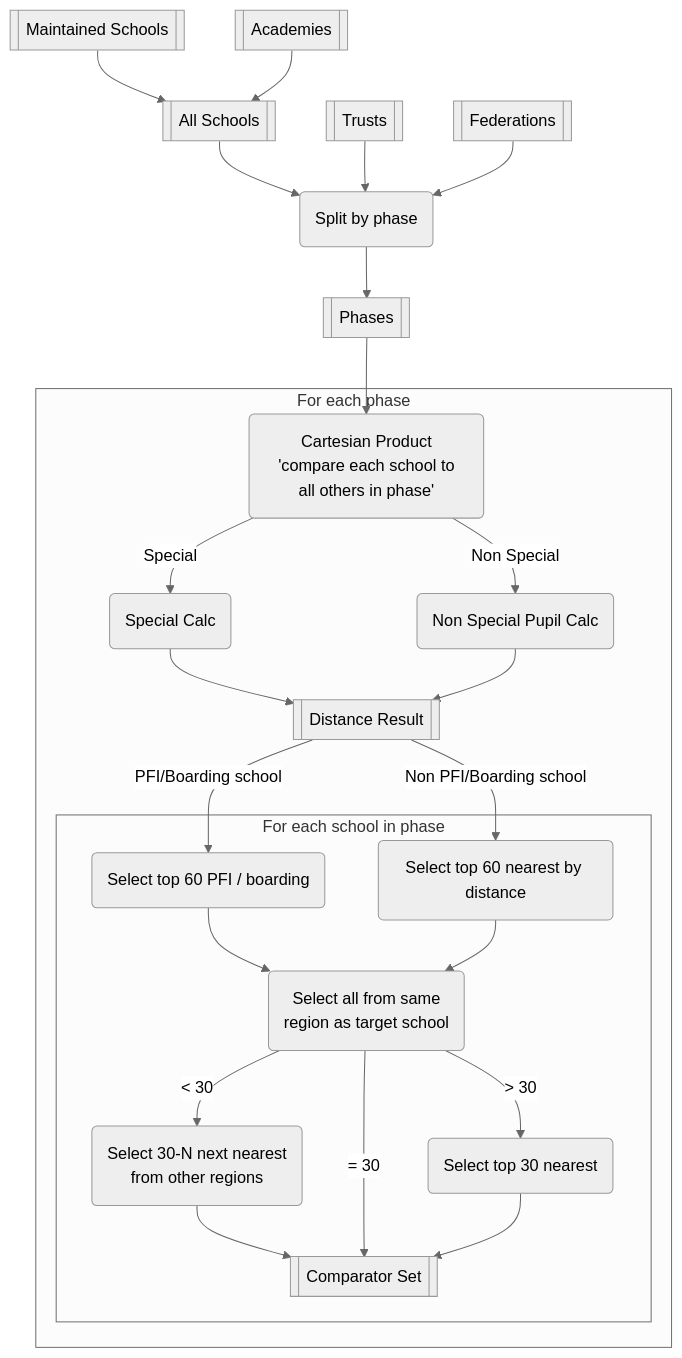
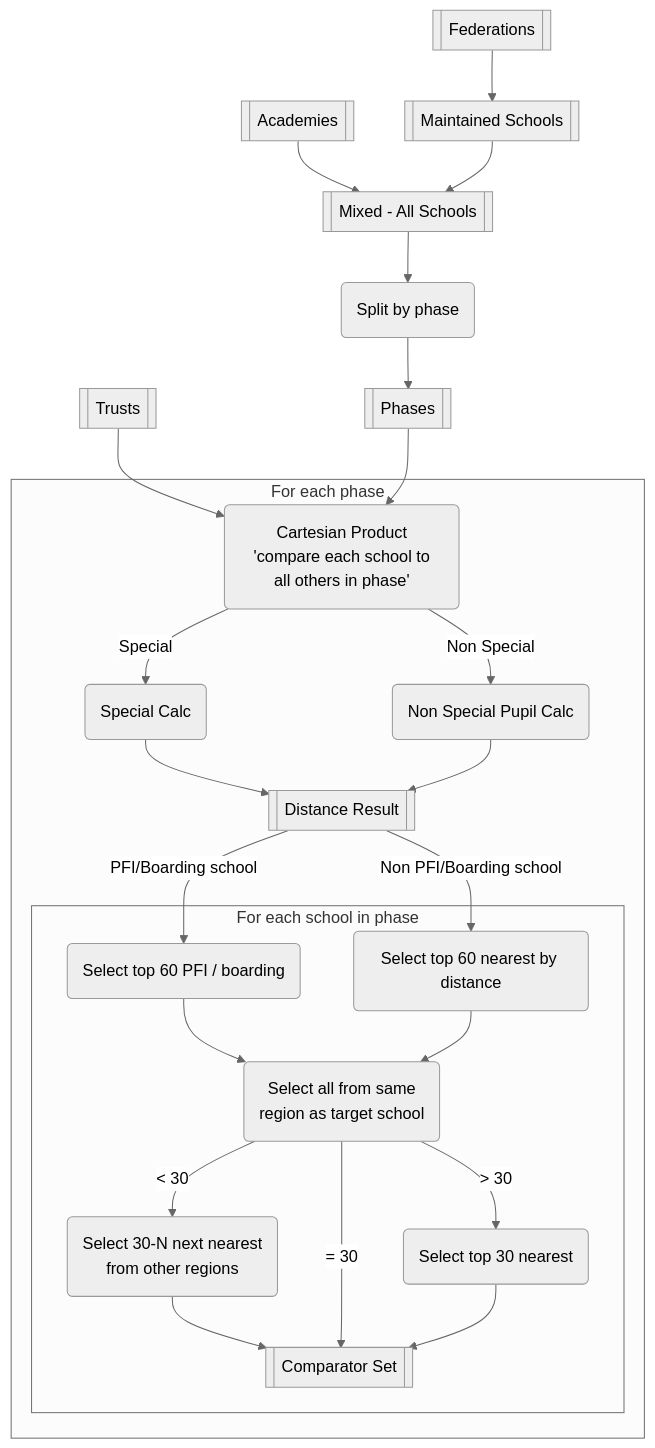
The first of 2 diagrams in documentation/architecture/10_Data-Processing.md (DFE-Digital/education-benchmarking-and-insights), drawn with Mermaid (neutral theme) before and after one commit. The commit also changed other lines of this file, not shown here.

````diff
--- a/documentation/architecture/10_Data-Processing.md
+++ b/documentation/architecture/10_Data-Processing.md
@@ -42,48 +42,48 @@
 ```mermaid 
 flowchart TD
     accTitle: Pupil comparator set calculation
     accDescr: Logic flow for computing a pupil comparator set
 
     academies[[Academies]]
     ms[[Maintained Schools]]
     trusts[[Trusts]]
     federations[[Federations]]
-    as[[All Schools]]
+    as[[Mixed - All Schools]]
     phases[[Phases]]
     split_by_phase(Split by phase)
     prod(Cartesian Product\n 'compare each school to all others in phase')
     non_spec(Non Special Pupil Calc)
     spec(Special Calc)
     dist[[Distance Result]]
     select_top_60(Select top 60 nearest by distance)
     select_region(Select all from same\nregion as target school)
     select_pfi_boarding(Select top 60 PFI / boarding)
     select_N(Select 30-N next nearest\nfrom other regions)
     select_closest_30(Select top 30 nearest)
     comparator_Set[[Comparator Set]]
     
+    federations --> ms
+    academies --> as
     ms --> as
-    academies --> as
     as --> split_by_phase
-    trusts --> split_by_phase
-    federations --> split_by_phase
     split_by_phase --> phases
 
     subgraph phase [For each phase]
         prod -- Special --> spec --> dist
         prod -- Non Special --> non_spec --> dist
 
         subgraph each_school [For each school in phase]
             select_pfi_boarding --> select_region
             select_top_60 --> select_region
             select_region -- < 30 --> select_N --> comparator_Set
             select_region -- = 30 --> comparator_Set
             select_region -- > 30 --> select_closest_30 --> comparator_Set
         end 
 
         dist -- Non PFI/Boarding school --> select_top_60
         dist -- PFI/Boarding school --> select_pfi_boarding
     end
 
+    trusts --> prod
     phases --> prod
 ```
````
